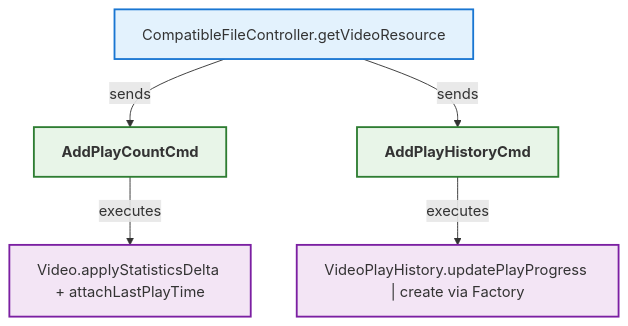
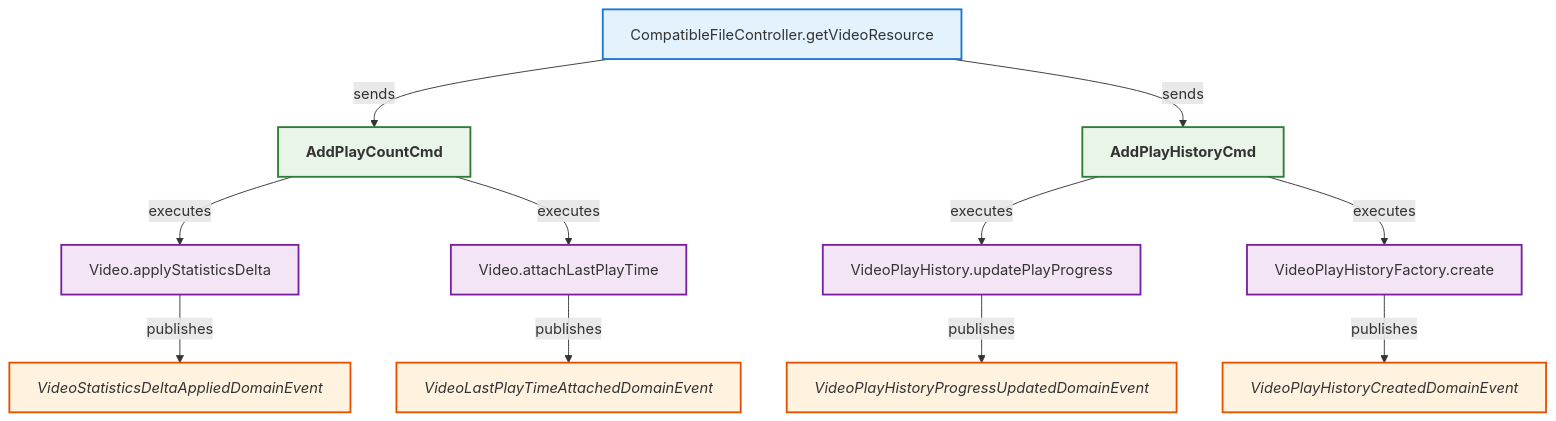
The diagram in analysis/CompatibleFileController_getVideoResource.mmd (LDmoxeii/only-danmuku), drawn with Mermaid before and after one commit. The commit also changed 10 other files, not shown here.

```diff
--- a/analysis/CompatibleFileController_getVideoResource.mmd
+++ b/analysis/CompatibleFileController_getVideoResource.mmd
@@ -1,39 +1,58 @@
 flowchart TB
 
     N1["CompatibleFileController.getVideoResource"]
     class N1 controllermethod;
 
     %% Commands triggered in handler
     C1["AddPlayCountCmd"]
     class C1 command;
-    A1["Video.applyStatisticsDelta + attachLastPlayTime"]
+    A1["Video.applyStatisticsDelta"]
     class A1 entitymethod;
+    E1["VideoStatisticsDeltaAppliedDomainEvent"]
+    class E1 domainevent;
+    A1b["Video.attachLastPlayTime"]
+    class A1b entitymethod;
+    E1b["VideoLastPlayTimeAttachedDomainEvent"]
+    class E1b domainevent;
 
     C2["AddPlayHistoryCmd"]
     class C2 command;
-    A2["VideoPlayHistory.updatePlayProgress | create via Factory"]
+    A2["VideoPlayHistory.updatePlayProgress"]
     class A2 entitymethod;
+    E2["VideoPlayHistoryProgressUpdatedDomainEvent"]
+    class E2 domainevent;
+    A3["VideoPlayHistoryFactory.create"]
+    class A3 entitymethod;
+    E3["VideoPlayHistoryCreatedDomainEvent"]
+    class E3 domainevent;
 
     %% Relationships
     N1 -->|sends| C1
     C1 -->|executes| A1
+    A1 -->|publishes| E1
+    C1 -->|executes| A1b
+    A1b -->|publishes| E1b
+
     N1 -->|sends| C2
     C2 -->|executes| A2
+    A2 -->|publishes| E2
+    C2 -->|executes| A3
+    A3 -->|publishes| E3
 
     %% Styles
     classDef controller fill:#e3f2fd,stroke:#1565c0,stroke-width:2px,font-weight:bold;
     classDef controllermethod fill:#e3f2fd,stroke:#1976d2,stroke-width:2px;
     classDef endpoint fill:#e3f2fd,stroke:#42a5f5,stroke-width:2px;
     classDef commandsender fill:#e3f2fd,stroke:#1565c0,stroke-width:2px,font-style:italic;
     classDef commandsendermethod fill:#e3f2fd,stroke:#1976d2,stroke-width:2px,font-style:italic;
     classDef command fill:#e8f5e8,stroke:#2e7d32,stroke-width:2px,font-weight:bold;
     classDef commandhandler fill:#e8f5e8,stroke:#388e3c,stroke-width:2px,font-weight:bold;
     classDef aggregate fill:#fff8e1,stroke:#ff8f00,stroke-width:3px,font-weight:bold;
     classDef entitymethod fill:#f3e5f5,stroke:#7b1fa2,stroke-width:2px;
     classDef domainevent fill:#fff3e0,stroke:#e65100,stroke-width:2px,font-style:italic;
     classDef domaineventhandler fill:#fff3e0,stroke:#ef6c00,stroke-width:2px,font-weight:bold;
     classDef integrationevent fill:#fce4ec,stroke:#880e4f,stroke-width:2px;
     classDef integrationeventhandler fill:#fce4ec,stroke:#ad1457,stroke-width:2px,font-weight:bold;
     classDef integrationeventconverter fill:#e3f2fd,stroke:#0277bd,stroke-width:2px;
     classDef repo fill:#d6dbdf,stroke:#85929e,stroke-width:2px;
     classDef uow fill:#f2f4f4,stroke:#7f8c8d,stroke-width:2px;
```
